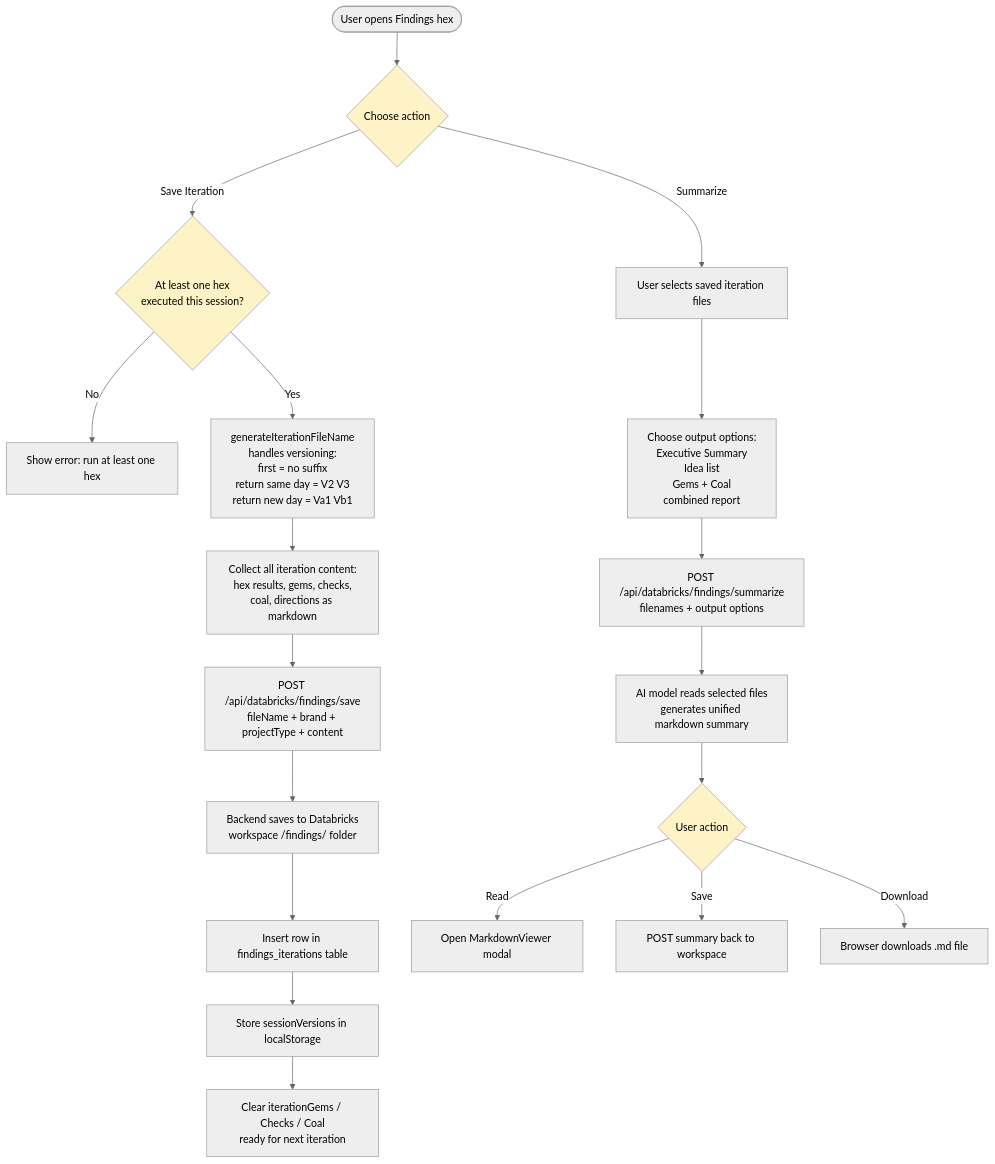
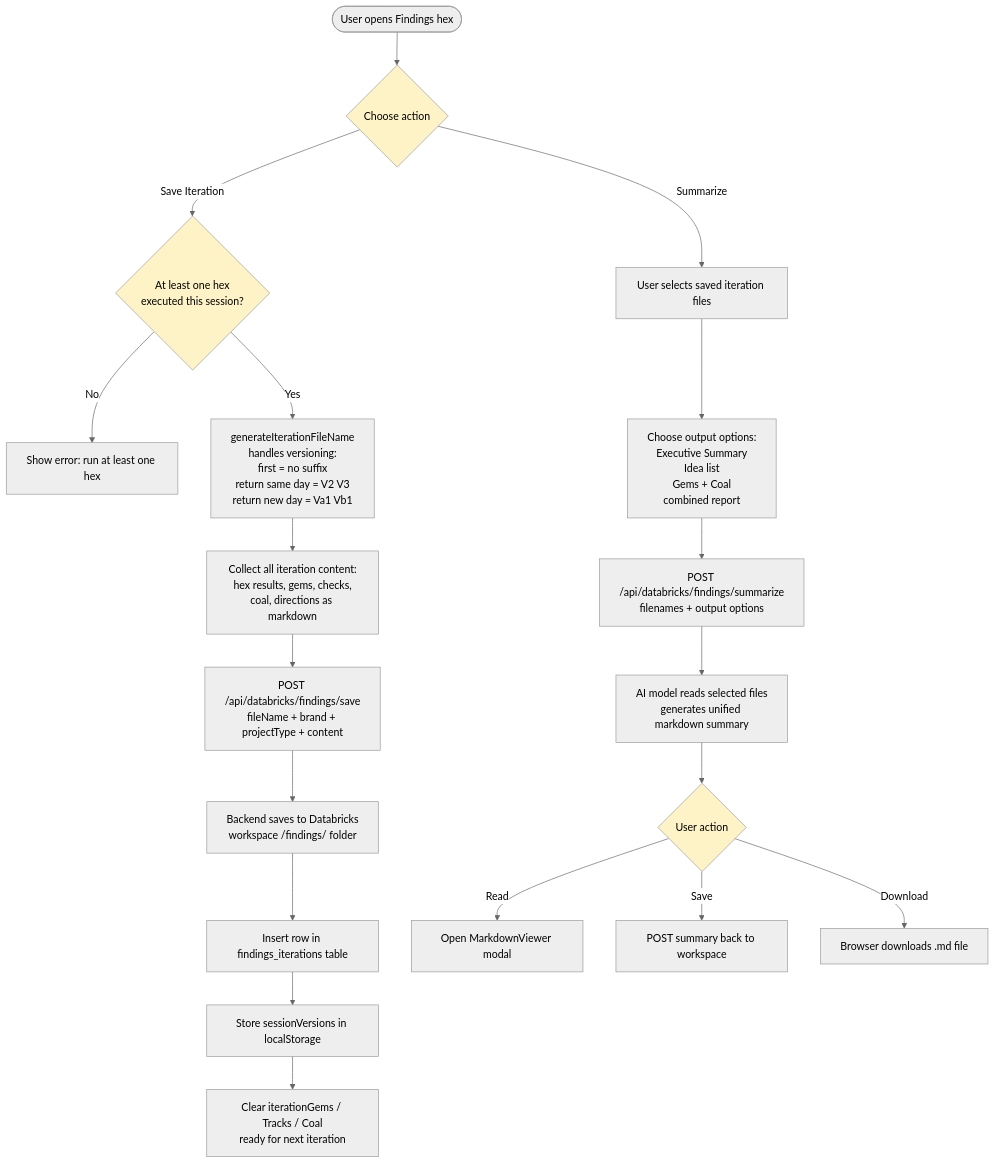
Before and after one commit to Lesliewoodresearch/CoHiveDatabricks3: the ninth of 16 diagrams in Website design 2.md, drawn with Mermaid (neutral theme). The commit also changed other lines of this file and 26 other files, not shown here.

````diff
--- a/Website design 2.md
+++ b/Website design 2.md
@@ -481,26 +483,26 @@
 ```mermaid
 flowchart TD
     A([User opens Findings hex]) --> B{Choose action}
     B -- Save Iteration --> C{At least one hex\nexecuted this session?}
     C -- No --> D[Show error: run at least one hex]
     C -- Yes --> E[generateIterationFileName\nhandles versioning:\nfirst = no suffix\nreturn same day = V2 V3\nreturn new day = Va1 Vb1]
     E --> F[Collect all iteration content:\nhex results, gems, checks,\ncoal, directions as markdown]
     F --> G[POST /api/databricks/findings/save\nfileName + brand + projectType + content]
     G --> H[Backend saves to Databricks\nworkspace /findings/ folder]
     H --> I[Insert row in findings_iterations table]
     I --> J[Store sessionVersions in localStorage]
-    J --> K[Clear iterationGems / Checks / Coal\nready for next iteration]
+    J --> K[Clear iterationGems / Tracks / Coal\nready for next iteration]
 
     B -- Summarize --> L[User selects saved iteration files]
     L --> M[Choose output options:\nExecutive Summary\nIdea list\nGems + Coal\ncombined report]
     M --> N[POST /api/databricks/findings/summarize\nfilenames + output options]
     N --> O[AI model reads selected files\ngenerates unified markdown summary]
     O --> P{User action}
     P -- Read --> Q[Open MarkdownViewer modal]
     P -- Save --> R[POST summary back to workspace]
     P -- Download --> S[Browser downloads .md file]
 
     style B fill:#fef3c7
     style C fill:#fef3c7
     style P fill:#fef3c7
 ```
````
